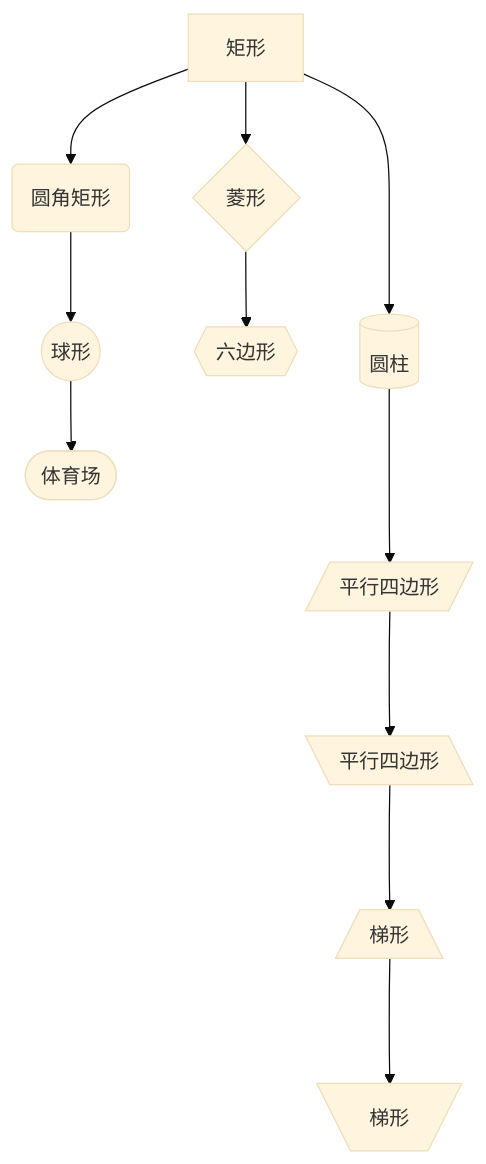
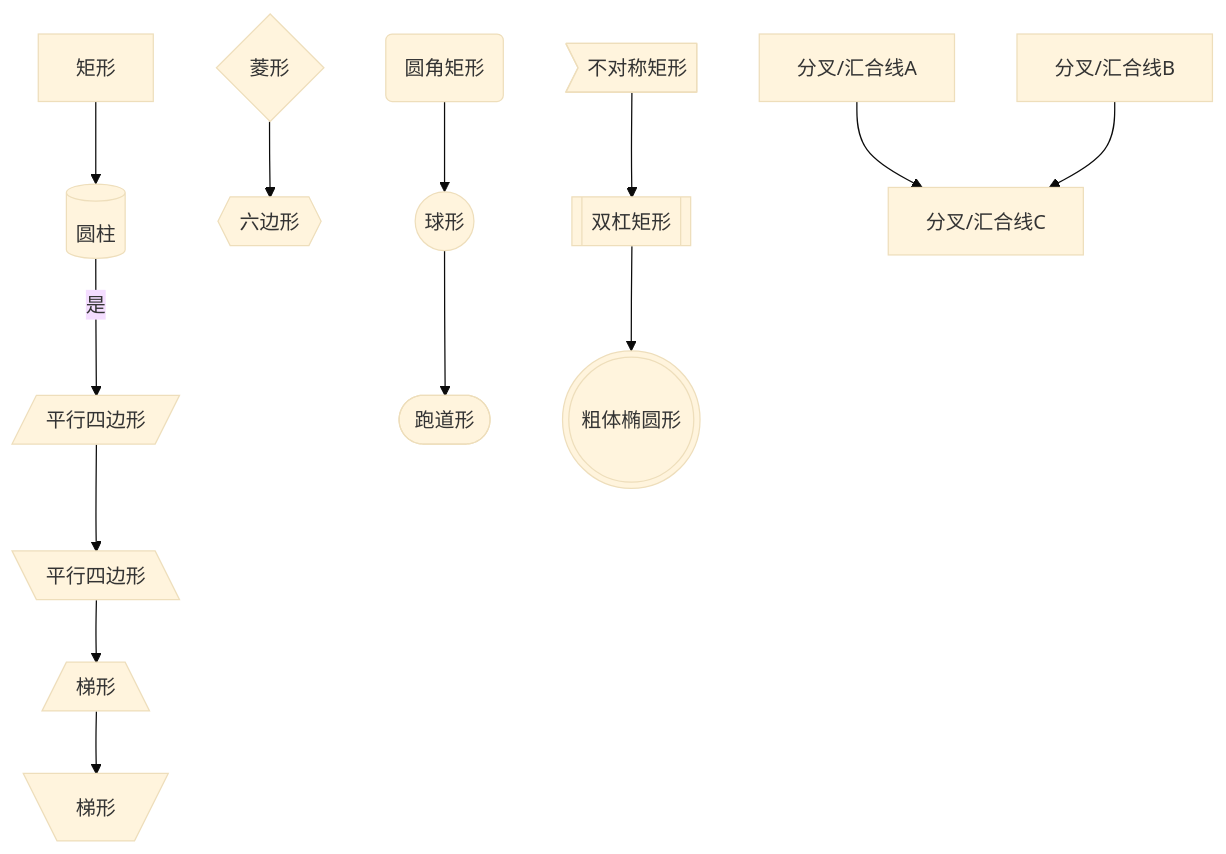
Before and after one commit to starsrecall/My_BLog: the sixth of 6 diagrams in 笔记/Mermaid/assets/2.在Markdown中制作流成图.md, drawn with Mermaid (base theme). The commit also changed other lines of this file and 2 other files, not shown here.

````diff
--- a/笔记/Mermaid/assets/2.在Markdown中制作流成图.md
+++ b/笔记/Mermaid/assets/2.在Markdown中制作流成图.md
@@ -22,16 +183,19 @@
 ```mermaid
 graph TD
-	A1[矩形]--->B1[(圆柱)]
-	B1[(圆柱)]--->C1[/平行四边形/]
-	C1[/平行四边形/]--->D1[\平行四边形\]
-	D1[\平行四边形\]--->E1[/梯形\]
-	E1[/梯形\]--->F1[\梯形/]
+	A1[矩形]-->B1[(圆柱)]
+	B1[(圆柱)]-->|是|C1[/平行四边形/]
+	C1[/平行四边形/]-->D1[\平行四边形\]
+	D1[\平行四边形\]-->E1[/梯形\]
+	E1[/梯形\]-->F1[\梯形/]
 	
-	A1[矩形]-->A2{菱形}
 	A2{菱形}-->B2{{六边形}}
 	
-	A1[矩形]-->A3(圆角矩形)
+	
 	A3(圆角矩形)-->B3((球形))
-	B3((球形))-->C3([体育场])
+	B3((球形))-->C3([跑道形])
 	
+	A4>不对称矩形]-->B4[[双杠矩形]] 
+	B4[[双杠矩形]] --> C4(((粗体椭圆形)))
+	
+	A5[分叉/汇合线A] & A6[分叉/汇合线B] -->B5[分叉/汇合线C]
 ```
````
